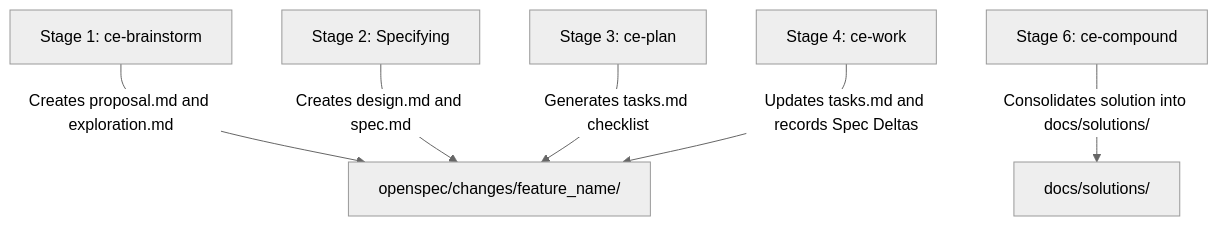
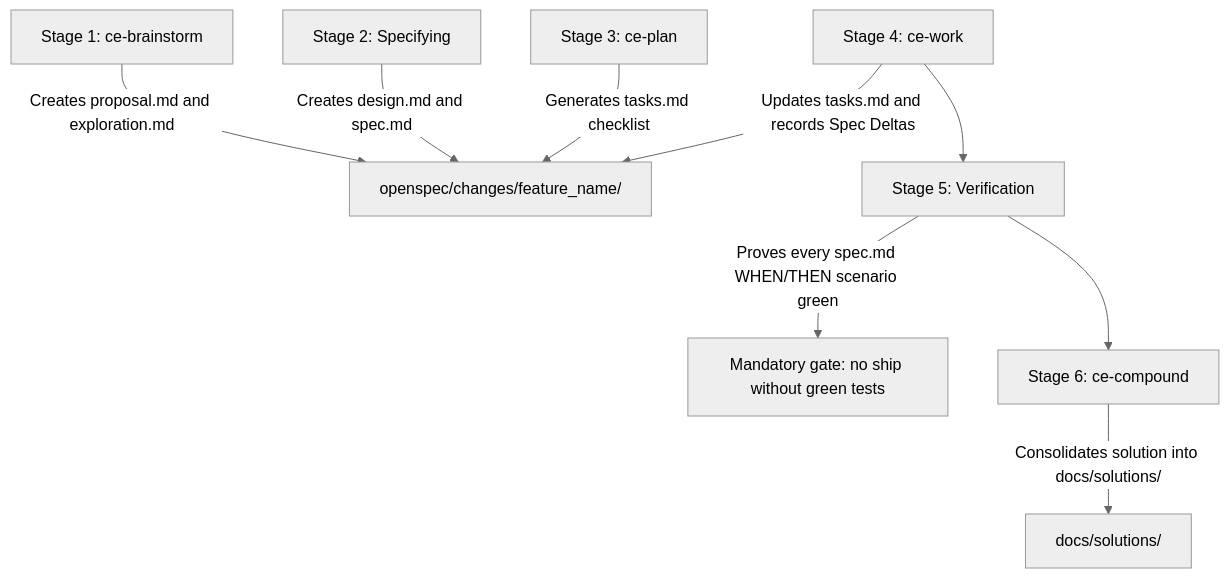
Before and after one commit to mastepanoski/ce-ai: the second of 3 diagrams in docs/user-guide/compound-engineering-workflow-explained.md, drawn with Mermaid (neutral theme). The commit also changed other lines of this file and 4 other files, not shown here.

````diff
--- a/docs/user-guide/compound-engineering-workflow-explained.md
+++ b/docs/user-guide/compound-engineering-workflow-explained.md
@@ -78,8 +78,10 @@
 ```mermaid
 flowchart TD
     STAGE1["Stage 1: ce-brainstorm"] -->|"Creates proposal.md and exploration.md"| OPENSPEC_DIR["openspec/changes/feature_name/"]
     STAGE2["Stage 2: Specifying"] -->|"Creates design.md and spec.md"| OPENSPEC_DIR
     STAGE3["Stage 3: ce-plan"] -->|"Generates tasks.md checklist"| OPENSPEC_DIR
     STAGE4["Stage 4: ce-work"] -->|"Updates tasks.md and records Spec Deltas"| OPENSPEC_DIR
+    STAGE5["Stage 5: Verification"] -->|"Proves every spec.md WHEN/THEN scenario green"| GATE["Mandatory gate: no ship without green tests"]
     STAGE6["Stage 6: ce-compound"] -->|"Consolidates solution into docs/solutions/"| DOCS_SOLUTIONS["docs/solutions/"]
+    STAGE4 --> STAGE5 --> STAGE6
 ```
````
